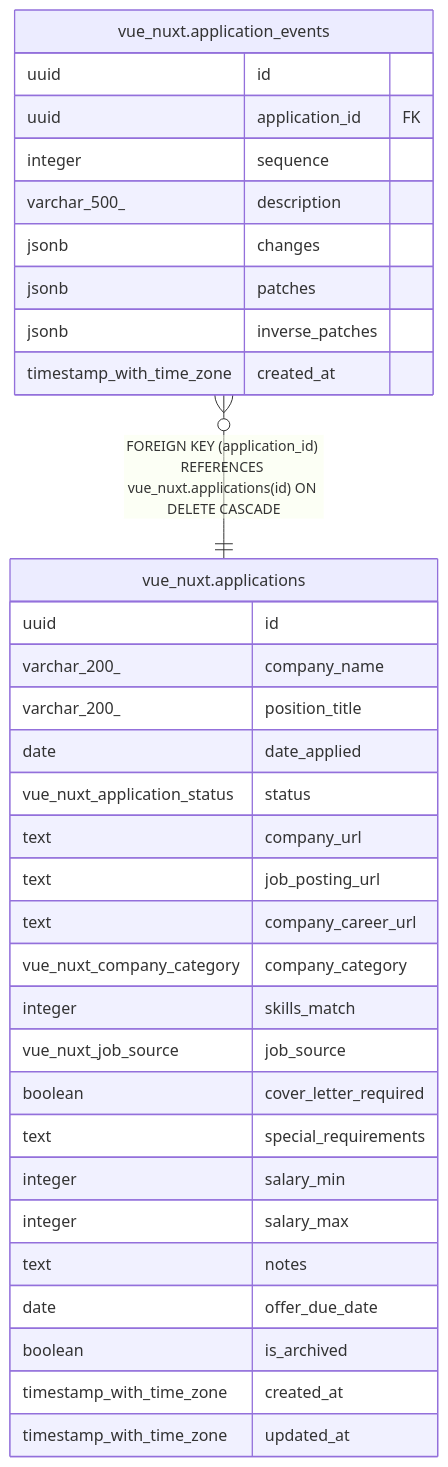
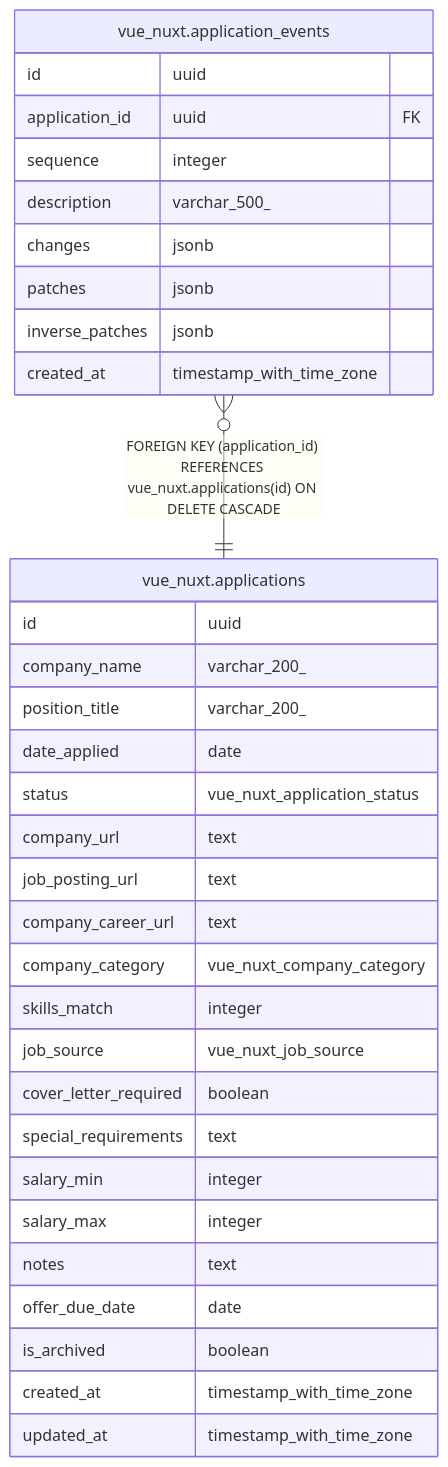
Before and after one commit to WhatIfWeDigDeeper/application-tracker: the diagram in docs/schema/vue-nuxt/vue_nuxt.application_events.md, drawn with Mermaid. The commit also changed 14 other files, not shown here.

First line of the commit message:
fix: swap column order in ERD diagrams to show name before type

````diff
--- a/docs/schema/vue-nuxt/vue_nuxt.application_events.md
+++ b/docs/schema/vue-nuxt/vue_nuxt.application_events.md
@@ -43,38 +43,38 @@
 ```mermaid
 erDiagram
 
 "vue_nuxt.application_events" }o--|| "vue_nuxt.applications" : "FOREIGN KEY (application_id) REFERENCES vue_nuxt.applications(id) ON DELETE CASCADE"
 
 "vue_nuxt.application_events" {
-  uuid id
-  uuid application_id FK
-  integer sequence
-  varchar_500_ description
-  jsonb changes
-  jsonb patches
-  jsonb inverse_patches
-  timestamp_with_time_zone created_at
+  id uuid
+  application_id uuid FK
+  sequence integer
+  description varchar_500_
+  changes jsonb
+  patches jsonb
+  inverse_patches jsonb
+  created_at timestamp_with_time_zone
 }
 "vue_nuxt.applications" {
-  uuid id
-  varchar_200_ company_name
-  varchar_200_ position_title
-  date date_applied
-  vue_nuxt_application_status status
-  text company_url
-  text job_posting_url
-  text company_career_url
-  vue_nuxt_company_category company_category
-  integer skills_match
-  vue_nuxt_job_source job_source
-  boolean cover_letter_required
-  text special_requirements
-  integer salary_min
-  integer salary_max
-  text notes
-  date offer_due_date
-  boolean is_archived
-  timestamp_with_time_zone created_at
-  timestamp_with_time_zone updated_at
+  id uuid
+  company_name varchar_200_
+  position_title varchar_200_
+  date_applied date
+  status vue_nuxt_application_status
+  company_url text
+  job_posting_url text
+  company_career_url text
+  company_category vue_nuxt_company_category
+  skills_match integer
+  job_source vue_nuxt_job_source
+  cover_letter_required boolean
+  special_requirements text
+  salary_min integer
+  salary_max integer
+  notes text
+  offer_due_date date
+  is_archived boolean
+  created_at timestamp_with_time_zone
+  updated_at timestamp_with_time_zone
 }
 ```
````
